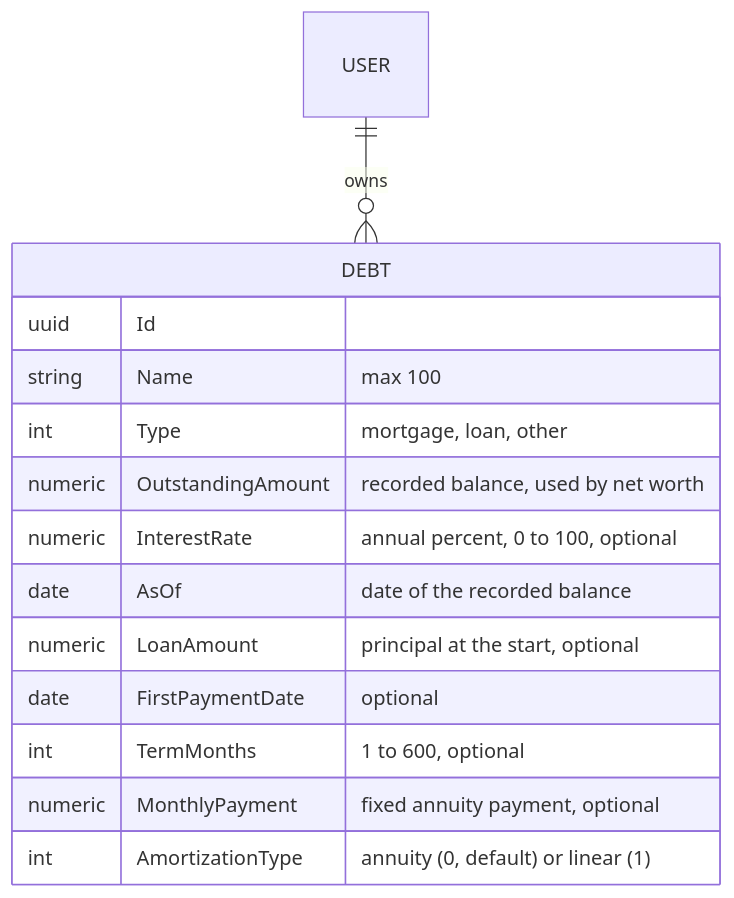
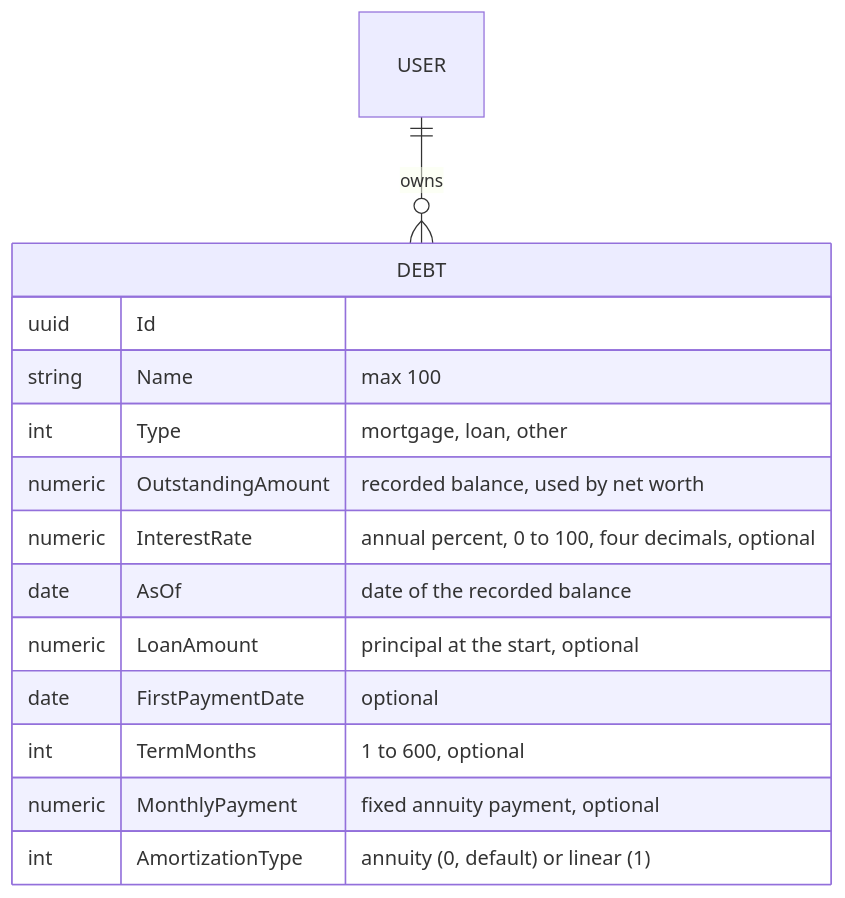
The first of 6 diagrams in docs/features/debt-amortization.md (Justxs/Jx-Finance), drawn with Mermaid before and after one commit. The commit also changed other lines of this file and 43 other files, not shown here.

````diff
--- a/docs/features/debt-amortization.md
+++ b/docs/features/debt-amortization.md
@@ -9,17 +9,17 @@
 ```mermaid
 erDiagram
     USER ||--o{ DEBT : "owns"
     DEBT {
         uuid Id
         string Name "max 100"
         int Type "mortgage, loan, other"
         numeric OutstandingAmount "recorded balance, used by net worth"
-        numeric InterestRate "annual percent, 0 to 100, optional"
+        numeric InterestRate "annual percent, 0 to 100, four decimals, optional"
         date AsOf "date of the recorded balance"
         numeric LoanAmount "principal at the start, optional"
         date FirstPaymentDate "optional"
         int TermMonths "1 to 600, optional"
         numeric MonthlyPayment "fixed annuity payment, optional"
         int AmortizationType "annuity (0, default) or linear (1)"
     }
 ```
````
